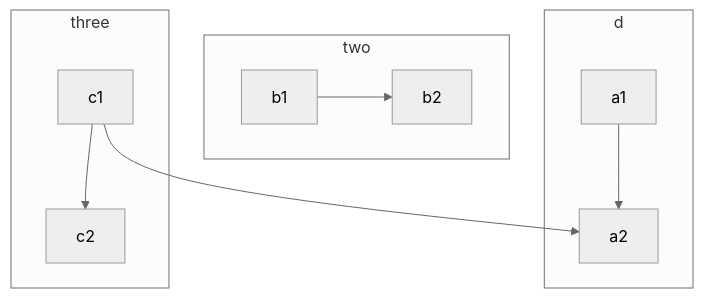
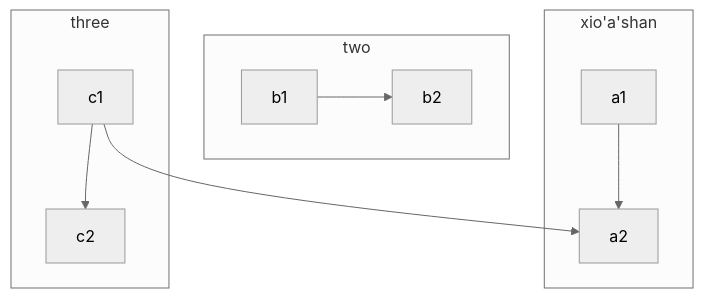
Before and after one commit to Zora0203/iodraw-files: the diagram in all/TEMU链路图.md, drawn with Mermaid (neutral theme).

Commit message:
2024-12-06 16:29:18 update

````diff
--- a/all/TEMU链路图.md
+++ b/all/TEMU链路图.md
@@ -1,13 +1,13 @@
 ```mermaid
 flowchart TB
     c1-->a2
-    subgraph d
+    subgraph xio'a'shan
     a1-->a2
     end
     subgraph two
     b1-->b2
     end
     subgraph three
     c1-->c2
     end
 ```
````
